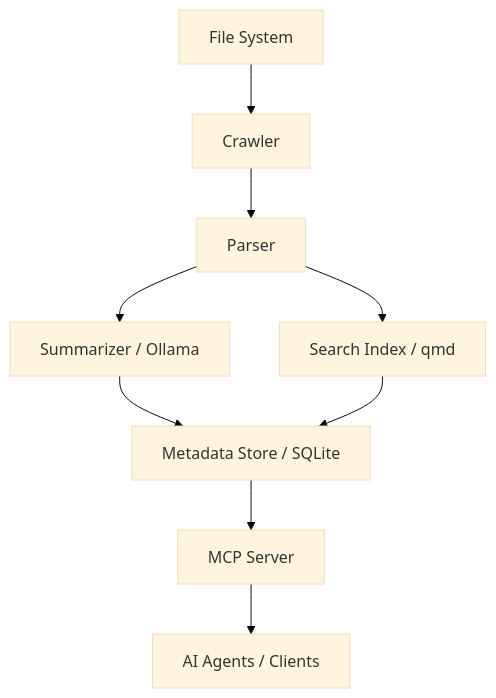
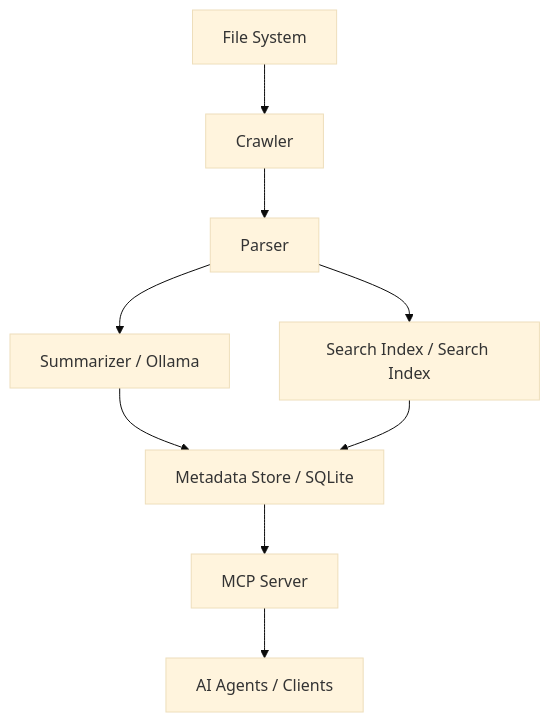
The diagram in docs/en/index.md (dgaida/academic-memory-mcp), drawn with Mermaid (base theme) before and after one commit. The commit also changed 15 other files, not shown here.

First line of the commit message:
fix: remove external qmd dependency and implement native hybrid search

````diff
--- a/docs/en/index.md
+++ b/docs/en/index.md
@@ -42,11 +42,11 @@
 ```mermaid
 graph TD
     A[File System] --> B[Crawler]
     B --> C[Parser]
     C --> D[Summarizer / Ollama]
-    C --> E[Search Index / qmd]
+    C --> E[Search Index / Search Index]
     D --> F[Metadata Store / SQLite]
     E --> F
     F --> G[MCP Server]
     G --> H[AI Agents / Clients]
 ```
````
